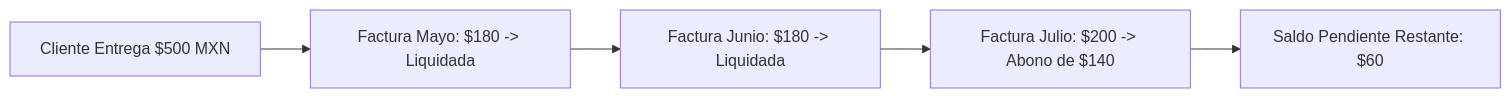
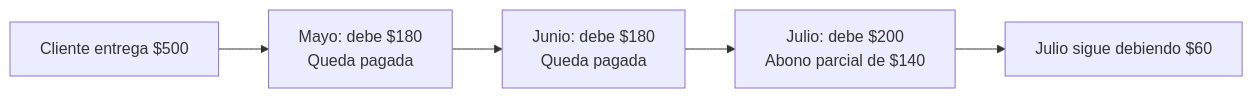
The diagram in ayuda/pagos/Registro de Pagos y Abonos Distribuidos.md (Mahynlo/AGUA-VP), drawn with Mermaid before and after one commit. The commit also changed other lines of this file and 9 other files, not shown here.

````diff
--- a/ayuda/pagos/Registro de Pagos y Abonos Distribuidos.md
+++ b/ayuda/pagos/Registro de Pagos y Abonos Distribuidos.md
@@ -19,7 +19,7 @@
 ```mermaid
 flowchart LR
-    A[Cliente Entrega $500 MXN] --> B[Factura Mayo: $180 -> Liquidada]
-    B --> C[Factura Junio: $180 -> Liquidada]
-    C --> D[Factura Julio: $200 -> Abono de $140]
-    D --> E[Saldo Pendiente Restante: $60]
+    A[Cliente entrega $500] --> B[Mayo: debe $180<br/>Queda pagada]
+    B --> C[Junio: debe $180<br/>Queda pagada]
+    C --> D[Julio: debe $200<br/>Abono parcial de $140]
+    D --> E[Julio sigue debiendo $60]
 ```
````
